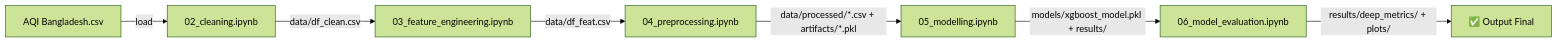
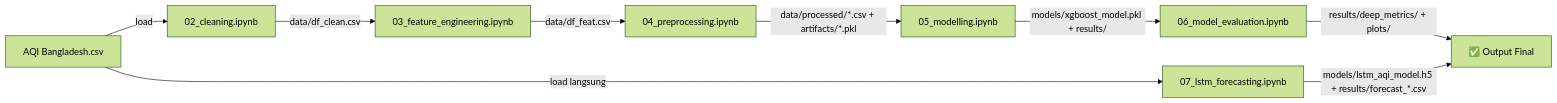
One commit to faizhuda/daming-kelompok-7 changed the first of 2 diagrams in README.md. Above: the diagram before and after it, drawn with Mermaid (forest theme). The commit also changed other lines of this file and 25 other files, not shown here.

````diff
--- a/README.md
+++ b/README.md
@@ -137,9 +140,11 @@
 ```mermaid
 graph LR
     Raw["AQI Bangladesh.csv"] -->|load| N02["02_cleaning.ipynb"]
     N02 -->|data/df_clean.csv| N03["03_feature_engineering.ipynb"]
     N03 -->|data/df_feat.csv| N04["04_preprocessing.ipynb"]
     N04 -->|data/processed/*.csv + artifacts/*.pkl| N05["05_modelling.ipynb"]
     N05 -->|models/xgboost_model.pkl + results/| N06["06_model_evaluation.ipynb"]
     N06 -->|results/deep_metrics/ + plots/| Done["✅ Output Final"]
+    Raw -->|load langsung| N07["07_lstm_forecasting.ipynb"]
+    N07 -->|models/lstm_aqi_model.h5 + results/forecast_*.csv| Done
 ```
````
